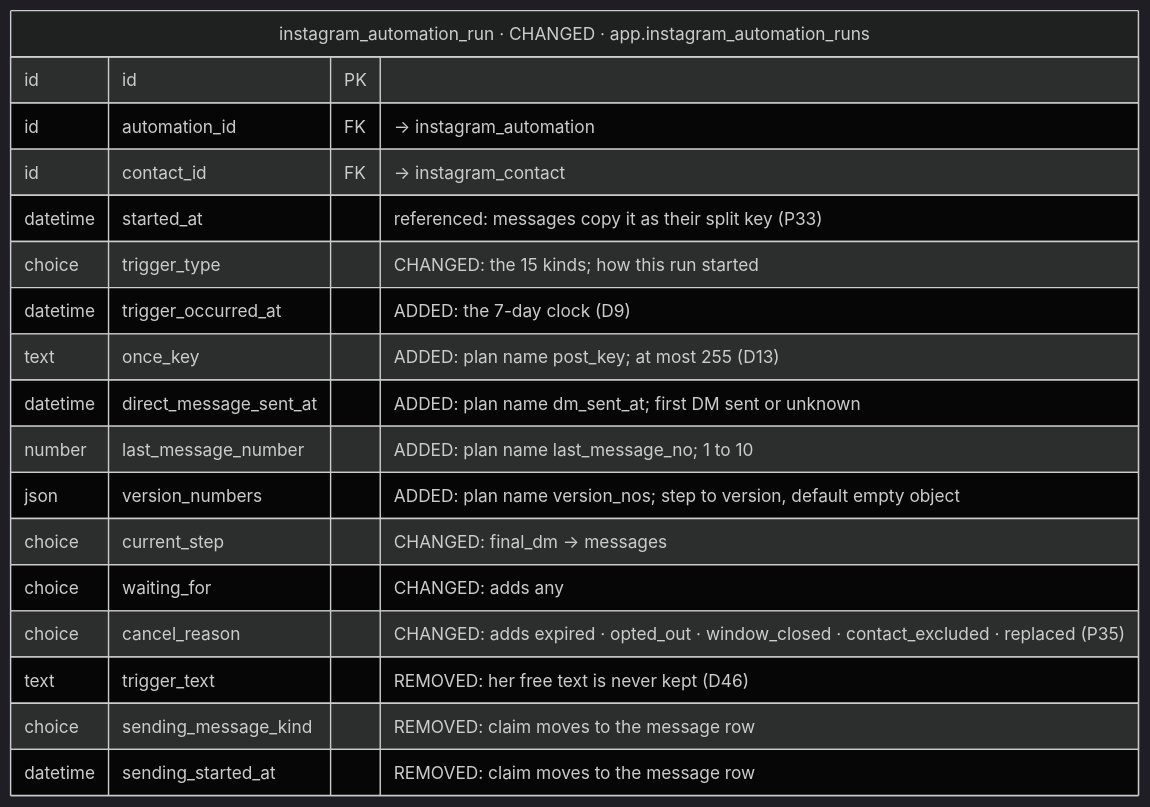
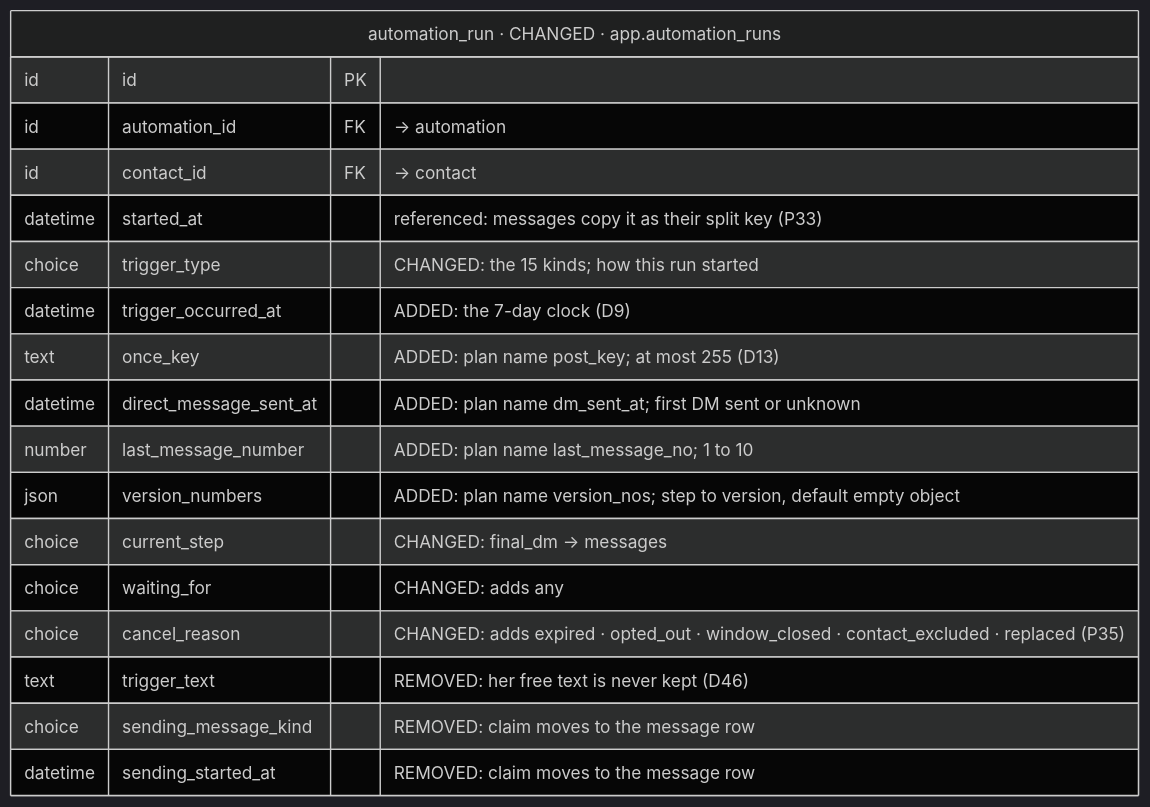
Before and after one commit to albetrios/meepzo-be: diagram 15 of 40 in iterations/feat-instagram-dm-sending-2026-11-23-oxak/plans/db-changes.md, drawn with Mermaid (dark theme). The commit also changed other lines of this file and 2 other files, not shown here.

````diff
--- a/iterations/feat-instagram-dm-sending-2026-11-23-oxak/plans/db-changes.md
+++ b/iterations/feat-instagram-dm-sending-2026-11-23-oxak/plans/db-changes.md
@@ -861,21 +893,21 @@
 ```mermaid
 erDiagram
-  instagram_automation_run["instagram_automation_run · CHANGED · app.instagram_automation_runs"] {
+  automation_run["automation_run · CHANGED · app.automation_runs"] {
     id id PK
-    id automation_id FK "→ instagram_automation"
-    id contact_id FK "→ instagram_contact"
+    id automation_id FK "→ automation"
+    id contact_id FK "→ contact"
     datetime started_at "referenced: messages copy it as their split key (P33)"
     choice trigger_type "CHANGED: the 15 kinds; how this run started"
     datetime trigger_occurred_at "ADDED: the 7-day clock (D9)"
     text once_key "ADDED: plan name post_key; at most 255 (D13)"
     datetime direct_message_sent_at "ADDED: plan name dm_sent_at; first DM sent or unknown"
     number last_message_number "ADDED: plan name last_message_no; 1 to 10"
     json version_numbers "ADDED: plan name version_nos; step to version, default empty object"
     choice current_step "CHANGED: final_dm → messages"
     choice waiting_for "CHANGED: adds any"
     choice cancel_reason "CHANGED: adds expired · opted_out · window_closed · contact_excluded · replaced (P35)"
     text trigger_text "REMOVED: her free text is never kept (D46)"
     choice sending_message_kind "REMOVED: claim moves to the message row"
     datetime sending_started_at "REMOVED: claim moves to the message row"
   }
 ```
````
